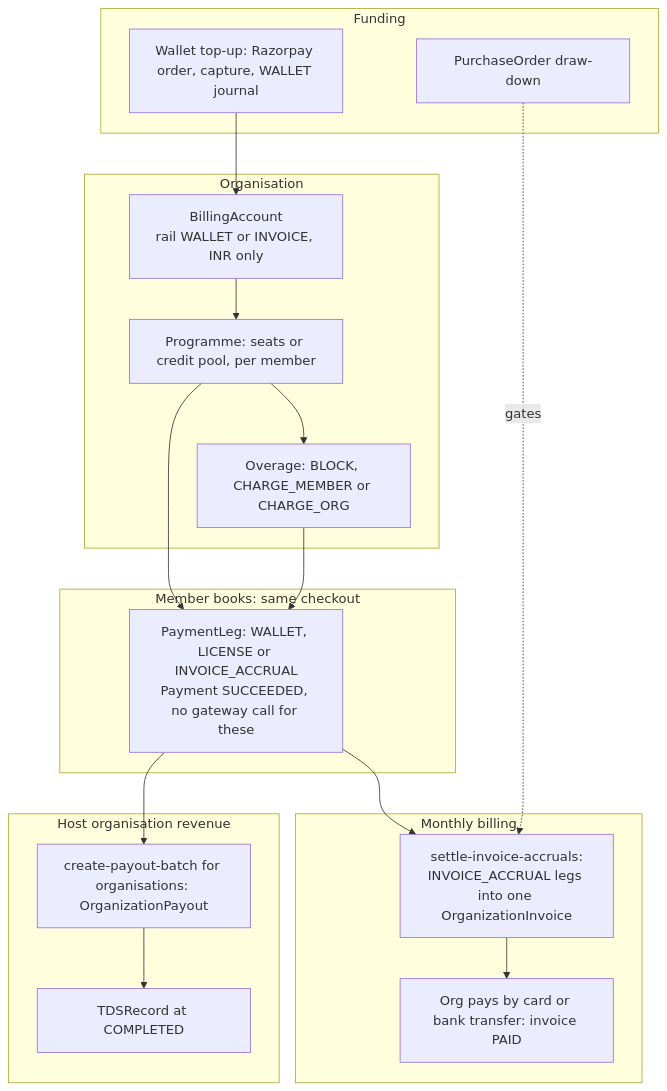
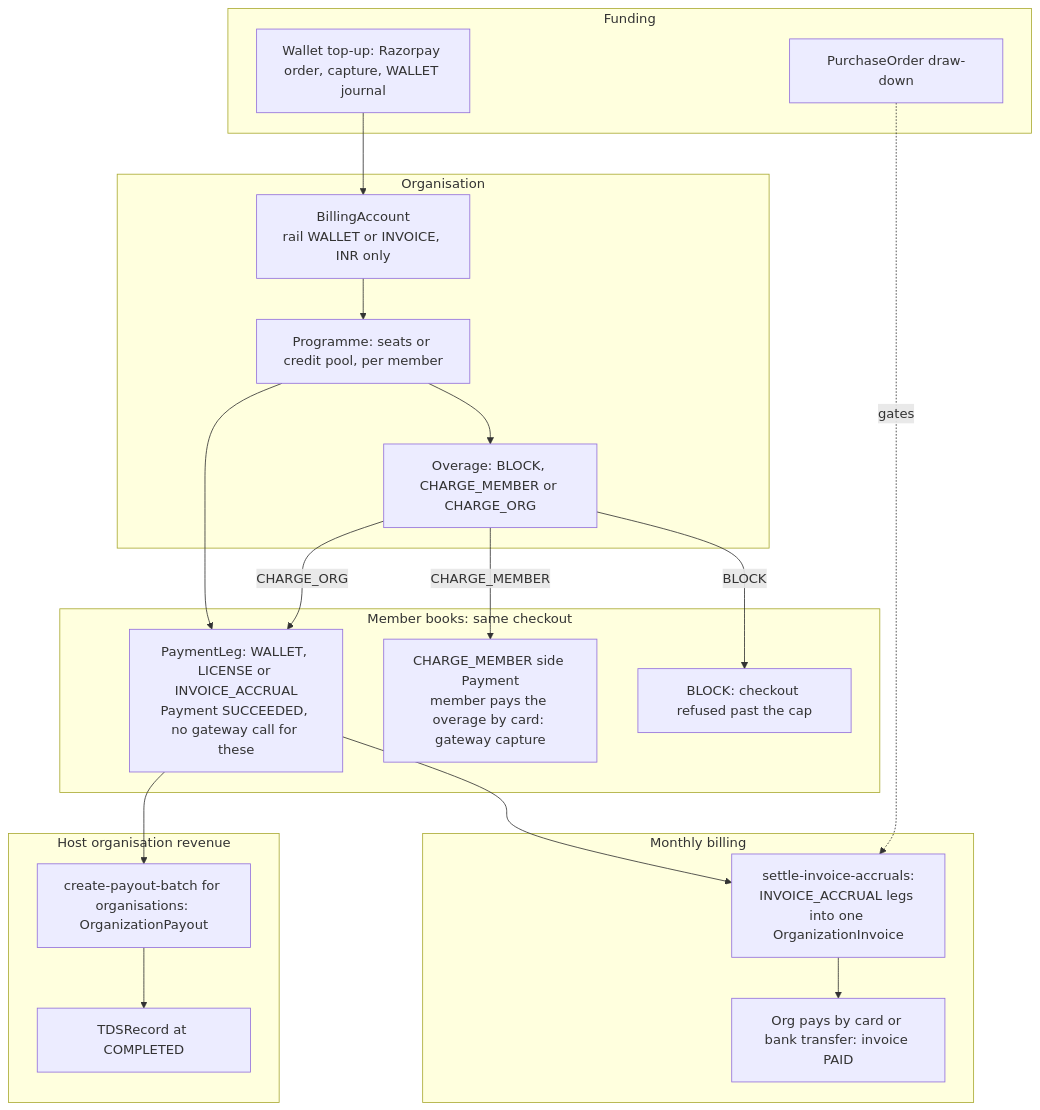
Before and after one commit to Practitionist/familiarise_web: the third of 5 diagrams in docs/finance/00-overview/01-money-map.md, drawn with Mermaid. The commit also changed other lines of this file and 7 other files, not shown here.

````diff
--- a/docs/finance/00-overview/01-money-map.md
+++ b/docs/finance/00-overview/01-money-map.md
@@ -86,30 +86,34 @@
 ```mermaid
 flowchart TB
   subgraph Org["Organisation"]
     BA["BillingAccount<br/>rail WALLET or INVOICE, INR only"]
     POOL["Programme: seats or credit pool, per member"]
     OVR["Overage: BLOCK, CHARGE_MEMBER or CHARGE_ORG"]
   end
   subgraph Fund["Funding"]
     TOP["Wallet top-up: Razorpay order, capture, WALLET journal"]
     PO["PurchaseOrder draw-down"]
   end
   subgraph Book["Member books: same checkout"]
     MC["PaymentLeg: WALLET, LICENSE or INVOICE_ACCRUAL<br/>Payment SUCCEEDED, no gateway call for these"]
+    SIDE["CHARGE_MEMBER side Payment<br/>member pays the overage by card: gateway capture"]
+    BLK["BLOCK: checkout refused past the cap"]
   end
   subgraph Bill["Monthly billing"]
     ROLL["settle-invoice-accruals:<br/>INVOICE_ACCRUAL legs into one OrganizationInvoice"]
     OPAY["Org pays by card or bank transfer: invoice PAID"]
   end
   subgraph Host["Host organisation revenue"]
     OP["create-payout-batch for organisations: OrganizationPayout"]
     OT["TDSRecord at COMPLETED"]
   end
   TOP --> BA
   BA --> POOL --> OVR
   POOL --> MC
-  OVR --> MC
+  OVR -->|"CHARGE_ORG"| MC
+  OVR -->|"CHARGE_MEMBER"| SIDE
+  OVR -->|"BLOCK"| BLK
   MC --> ROLL --> OPAY
   PO -.->|"gates"| ROLL
   MC --> OP --> OT
 ```
````
